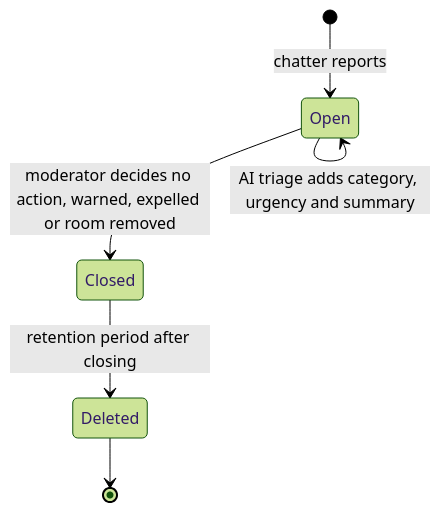
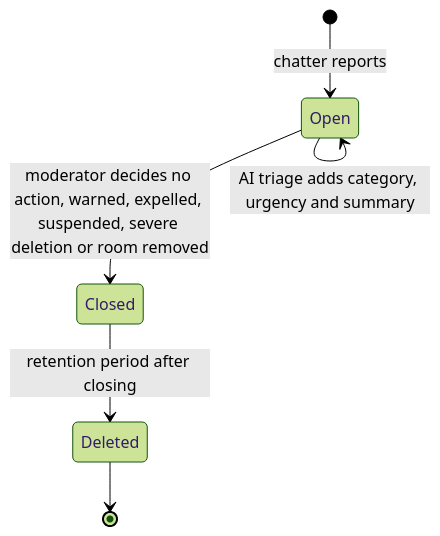
Before and after one commit to benoit-bremaud/asv: the diagram in docs/architecture/diagrams/moderation/05-state-report.md, drawn with Mermaid (forest theme). The commit also changed other lines of this file and 43 other files, not shown here.

First line of the commit message:
docs: accounts for private messages, strikes, legal-first roadmap

````diff
--- a/docs/architecture/diagrams/moderation/05-state-report.md
+++ b/docs/architecture/diagrams/moderation/05-state-report.md
@@ -13,8 +13,8 @@
 ```mermaid
 stateDiagram-v2
   [*] --> Open: chatter reports
   Open --> Open: AI triage adds category, urgency and summary
-  Open --> Closed: moderator decides no action, warned, expelled or room removed
+  Open --> Closed: moderator decides no action, warned, expelled, suspended, severe deletion or room removed
   Closed --> Deleted: retention period after closing
   Deleted --> [*]
 ```
````
